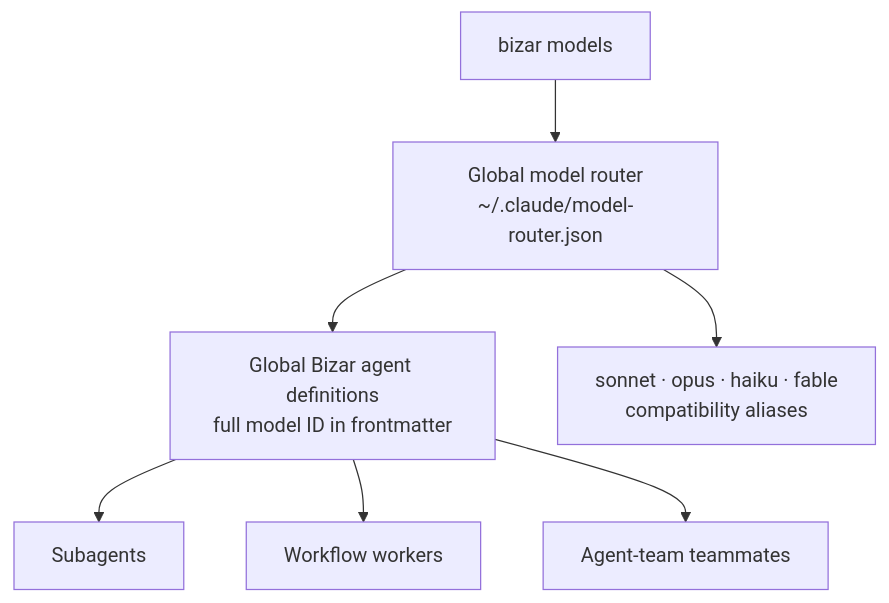
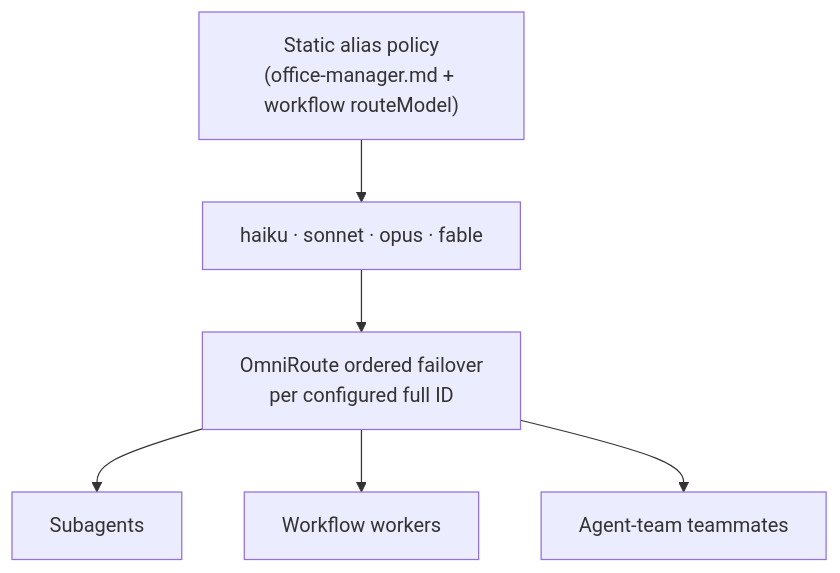
The second of 2 diagrams in README.md (PolderLabsVOF/BizarHarness), drawn with Mermaid before and after one commit. The commit also changed other lines of this file and 36 other files, not shown here.

Commit message:
refactor(hooks,workflows,docs): drop model-router, route native Agent dispatch through static haiku/sonnet/opus/fable aliases

````diff
--- a/README.md
+++ b/README.md
@@ -121,9 +128,8 @@
 ```mermaid
 flowchart TD
-    Picker["bizar models"] --> Router["Global model router\n~/.claude/model-router.json"]
-    Router --> Definitions["Global Bizar agent definitions\nfull model ID in frontmatter"]
-    Router --> Aliases["sonnet · opus · haiku · fable\ncompatibility aliases"]
-    Definitions --> Agent["Subagents"]
-    Definitions --> Workflow["Workflow workers"]
-    Definitions --> Team["Agent-team teammates"]
+    Policy["Static alias policy\n(office-manager.md + workflow routeModel)"] --> Aliases["haiku · sonnet · opus · fable"]
+    Aliases --> OmniRoute["OmniRoute ordered failover\nper configured full ID"]
+    OmniRoute --> Agent["Subagents"]
+    OmniRoute --> Workflow["Workflow workers"]
+    OmniRoute --> Team["Agent-team teammates"]
 ```
````
